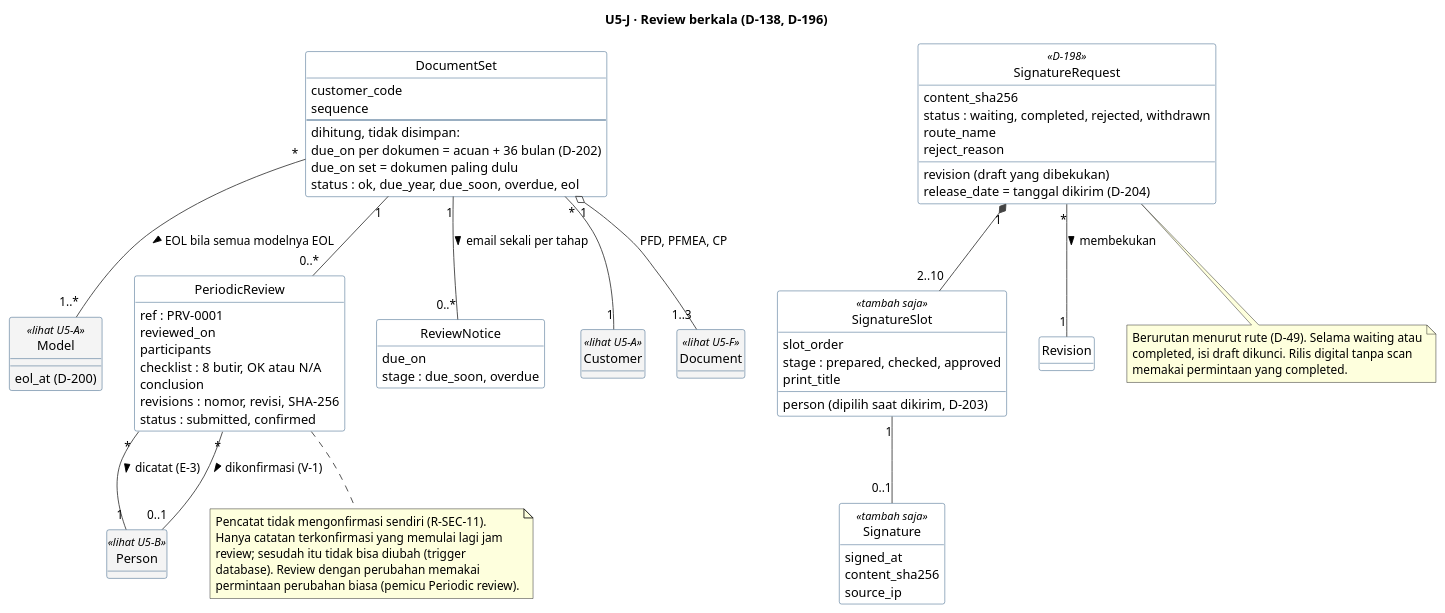
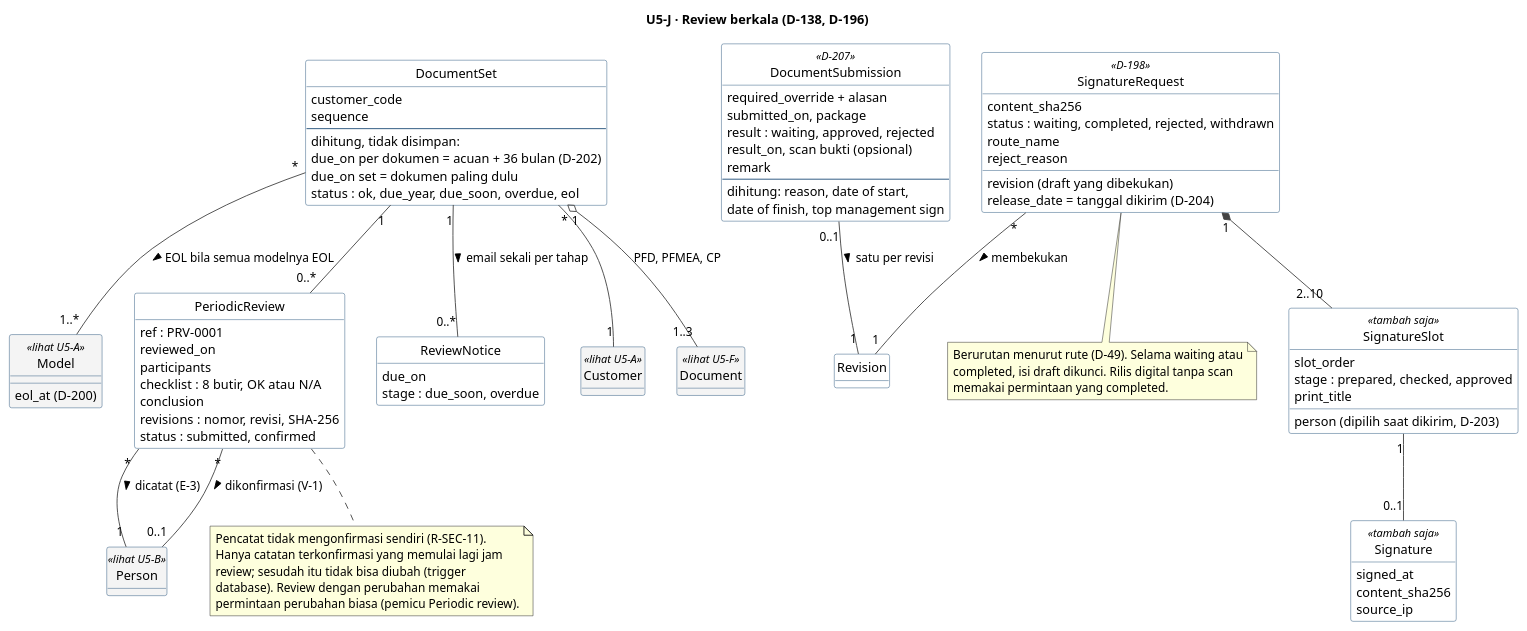
Before and after one commit to dkpauzi/revioten: the tenth of 10 diagrams in docs/uml/U5-kelas-domain.puml, drawn with PlantUML. The commit also changed 69 other files, not shown here.

First line of the commit message:
D-207: Form Control Submission per dokumen; D-208: peta Laravel/React untuk IT

```diff
--- a/docs/uml/U5-kelas-domain.puml
+++ b/docs/uml/U5-kelas-domain.puml
@@ -1079,87 +1079,98 @@
 @startuml U5-J-review-berkala
 hide circle
 hide empty methods
 skinparam shadowing false
 skinparam ArrowColor #444444
 skinparam class {
   BorderColor #1F4E79
   BackgroundColor #FFFFFF
   BackgroundColor<<lihat U5-A>> #F4F4F4
   BackgroundColor<<lihat U5-B>> #F4F4F4
   BackgroundColor<<lihat U5-F>> #F4F4F4
 }
 
 title U5-J · Review berkala (D-138, D-196)
 
 class DocumentSet {
   customer_code
   sequence
   --
   dihitung, tidak disimpan:
   due_on per dokumen = acuan + 36 bulan (D-202)
   due_on set = dokumen paling dulu
   status : ok, due_year, due_soon, overdue, eol
 }
 class Model <<lihat U5-A>> {
   eol_at (D-200)
 }
 class SignatureRequest <<D-198>> {
   revision (draft yang dibekukan)
   content_sha256
   release_date = tanggal dikirim (D-204)
   status : waiting, completed, rejected, withdrawn
   route_name
   reject_reason
 }
 class SignatureSlot <<tambah saja>> {
   slot_order
   stage : prepared, checked, approved
   print_title
   person (dipilih saat dikirim, D-203)
 }
+class DocumentSubmission <<D-207>> {
+  required_override + alasan
+  submitted_on, package
+  result : waiting, approved, rejected
+  result_on, scan bukti (opsional)
+  remark
+  --
+  dihitung: reason, date of start,
+  date of finish, top management sign
+}
+DocumentSubmission "0..1" -- "1" Revision : satu per revisi >
 class Signature <<tambah saja>> {
   signed_at
   content_sha256
   source_ip
 }
 SignatureRequest "*" -- "1" Revision : membekukan >
 SignatureRequest "1" *-- "2..10" SignatureSlot
 SignatureSlot "1" -- "0..1" Signature
 note bottom of SignatureRequest
   Berurutan menurut rute (D-49). Selama waiting atau
   completed, isi draft dikunci. Rilis digital tanpa scan
   memakai permintaan yang completed.
 end note
 class PeriodicReview {
   ref : PRV-0001
   reviewed_on
   participants
   checklist : 8 butir, OK atau N/A
   conclusion
   revisions : nomor, revisi, SHA-256
   status : submitted, confirmed
 }
 class ReviewNotice {
   due_on
   stage : due_soon, overdue
 }
 class Customer <<lihat U5-A>>
 class Person <<lihat U5-B>>
 class Document <<lihat U5-F>>
 
 DocumentSet "*" -- "1" Customer
 DocumentSet "*" -- "1..*" Model : EOL bila semua modelnya EOL >
 DocumentSet "1" o-- "1..3" Document : PFD, PFMEA, CP
 DocumentSet "1" -- "0..*" PeriodicReview
 DocumentSet "1" -- "0..*" ReviewNotice : email sekali per tahap >
 PeriodicReview "*" -- "1" Person : dicatat (E-3) >
 PeriodicReview "*" -- "0..1" Person : dikonfirmasi (V-1) >
 
 note bottom of PeriodicReview
   Pencatat tidak mengonfirmasi sendiri (R-SEC-11).
   Hanya catatan terkonfirmasi yang memulai lagi jam
   review; sesudah itu tidak bisa diubah (trigger
   database). Review dengan perubahan memakai
   permintaan perubahan biasa (pemicu Periodic review).
 end note
 @enduml
```
